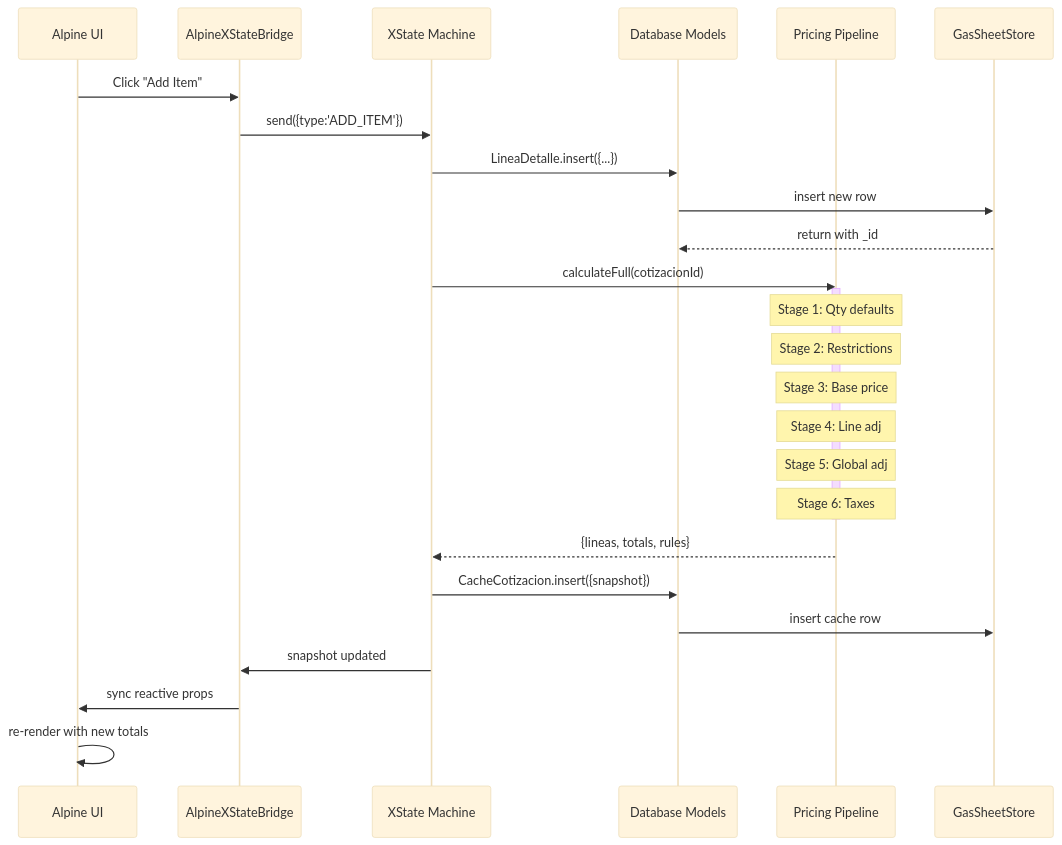
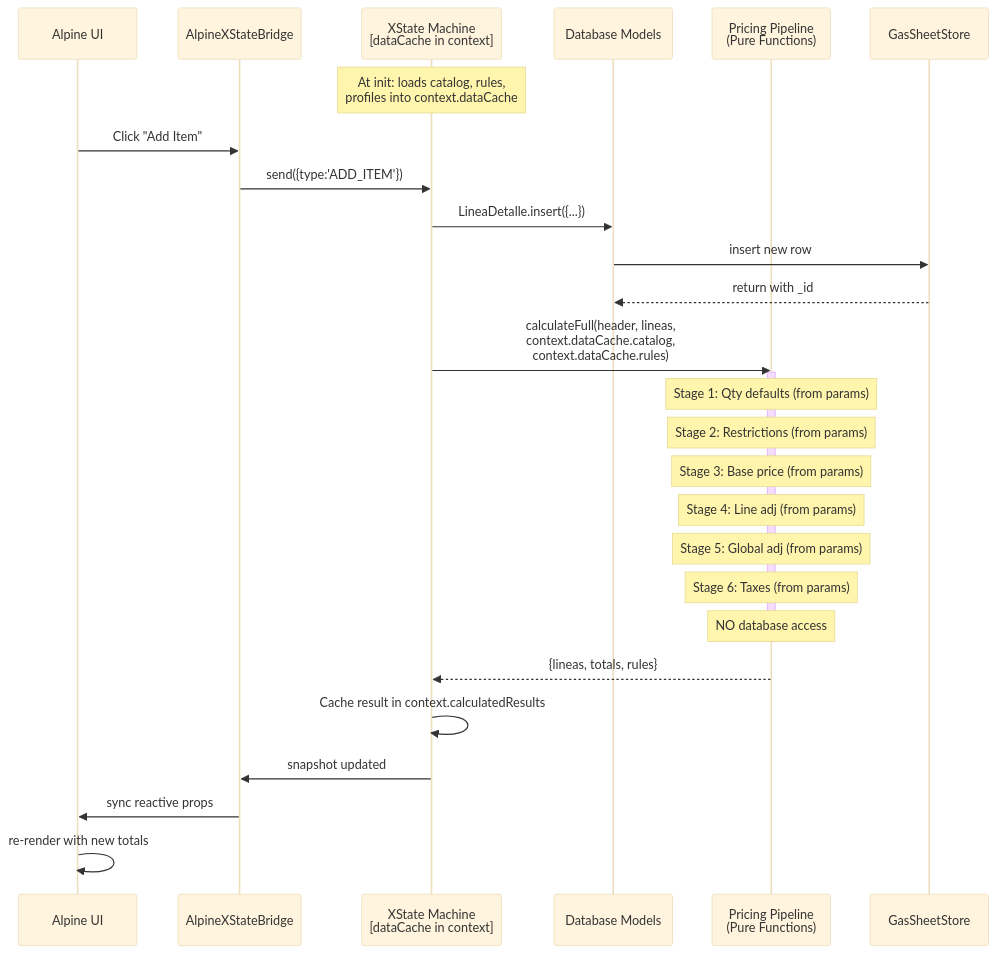
Before and after one commit to jpcosec/Cotizador: the third of 8 diagrams in worktrees.md, drawn with Mermaid (base theme). The commit also changed other lines of this file and 15 other files, not shown here.

````diff
--- a/worktrees.md
+++ b/worktrees.md
@@ -171,34 +171,36 @@
 ```mermaid
 sequenceDiagram
     participant UI as Alpine UI
     participant Bridge as AlpineXStateBridge
-    participant Machine as XState Machine
+    participant Machine as XState Machine<br/>[dataCache in context]
     participant DB as Database Models
-    participant Pricing as Pricing Pipeline
+    participant Pricing as Pricing Pipeline<br/>(Pure Functions)
     participant Store as GasSheetStore
+
+    Note over Machine: At init: loads catalog, rules,<br/>profiles into context.dataCache
 
     UI->>Bridge: Click "Add Item"
     Bridge->>Machine: send({type:'ADD_ITEM'})
 
     Machine->>DB: LineaDetalle.insert({...})
     DB->>Store: insert new row
     Store-->>DB: return with _id
 
-    Machine->>Pricing: calculateFull(cotizacionId)
+    Machine->>Pricing: calculateFull(header, lineas,<br/>context.dataCache.catalog,<br/>context.dataCache.rules)
     activate Pricing
-        Note over Pricing: Stage 1: Qty defaults
-        Note over Pricing: Stage 2: Restrictions
-        Note over Pricing: Stage 3: Base price
-        Note over Pricing: Stage 4: Line adj
-        Note over Pricing: Stage 5: Global adj
-        Note over Pricing: Stage 6: Taxes
+        Note over Pricing: Stage 1: Qty defaults (from params)
+        Note over Pricing: Stage 2: Restrictions (from params)
+        Note over Pricing: Stage 3: Base price (from params)
+        Note over Pricing: Stage 4: Line adj (from params)
+        Note over Pricing: Stage 5: Global adj (from params)
+        Note over Pricing: Stage 6: Taxes (from params)
+        Note over Pricing: NO database access
     deactivate Pricing
     Pricing-->>Machine: {lineas, totals, rules}
 
-    Machine->>DB: CacheCotizacion.insert({snapshot})
-    DB->>Store: insert cache row
+    Machine->>Machine: Cache result in context.calculatedResults
 
     Machine->>Bridge: snapshot updated
     Bridge->>UI: sync reactive props
     UI->>UI: re-render with new totals
 ```
````
